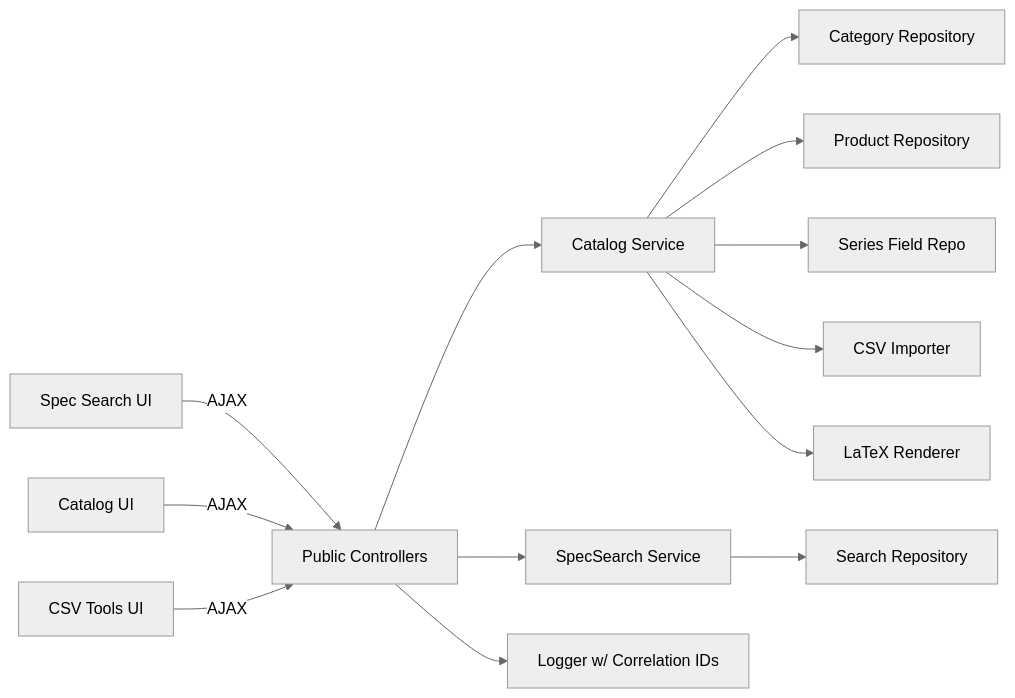
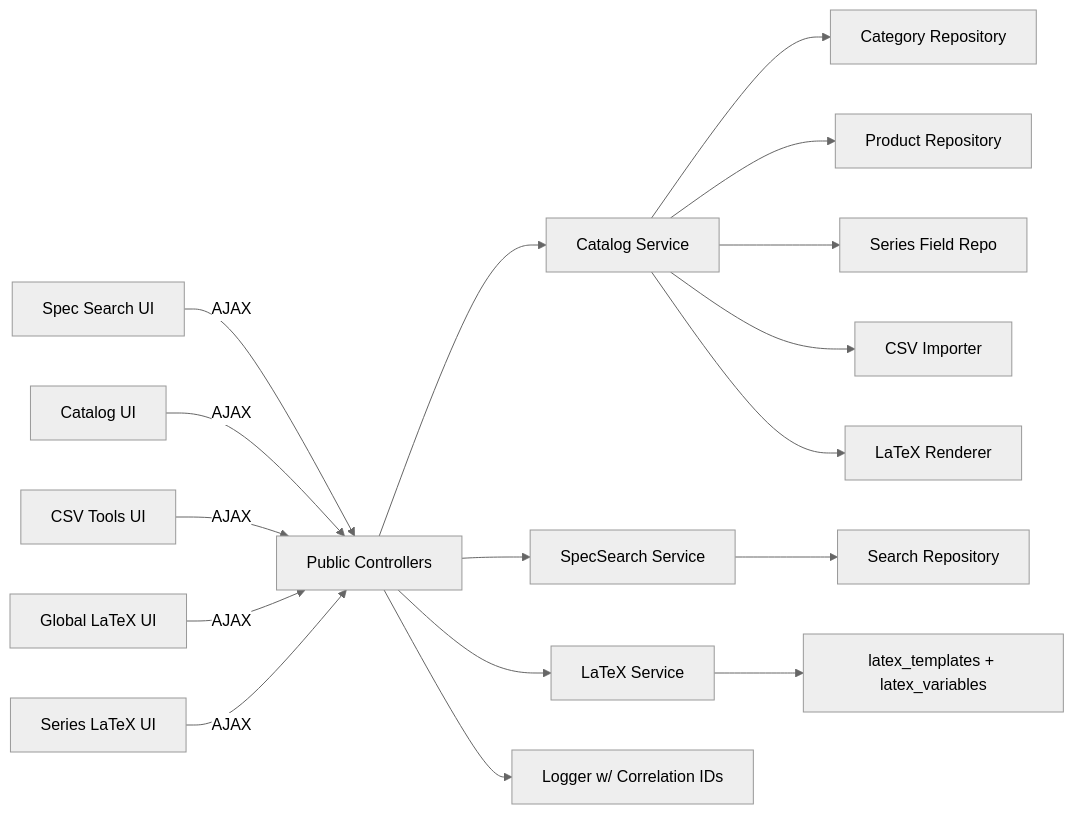
The third of 11 diagrams in docs/spec.md (sinjie2008/Foundational-Electronics-Core-Systems), drawn with Mermaid (neutral theme) before and after one commit. The commit also changed other lines of this file and 21 other files, not shown here.

````diff
--- a/docs/spec.md
+++ b/docs/spec.md
@@ -211,15 +278,19 @@
 ```mermaid
 graph LR
   SpecUI[Spec Search UI] -->|AJAX| ApiControllers
   CatalogUI[Catalog UI] -->|AJAX| ApiControllers
   CsvUI[CSV Tools UI] -->|AJAX| ApiControllers
+  GlobalLatexUI[Global LaTeX UI] -->|AJAX| ApiControllers
+  SeriesLatexUI[Series LaTeX UI] -->|AJAX| ApiControllers
   ApiControllers[Public Controllers] --> CatalogSvc[Catalog Service]
   ApiControllers --> SearchSvc[SpecSearch Service]
+  ApiControllers --> LatexSvc[LaTeX Service]
   CatalogSvc --> CatRepo[Category Repository]
   CatalogSvc --> ProdRepo[Product Repository]
   CatalogSvc --> SeriesRepo[Series Field Repo]
   CatalogSvc --> CsvImporter[CSV Importer]
   CatalogSvc --> PdfMaker[LaTeX Renderer]
   SearchSvc --> SearchRepo[Search Repository]
+  LatexSvc --> LatexRepo[latex_templates + latex_variables]
   ApiControllers --> Logger[Logger w/ Correlation IDs]
 ```
````
